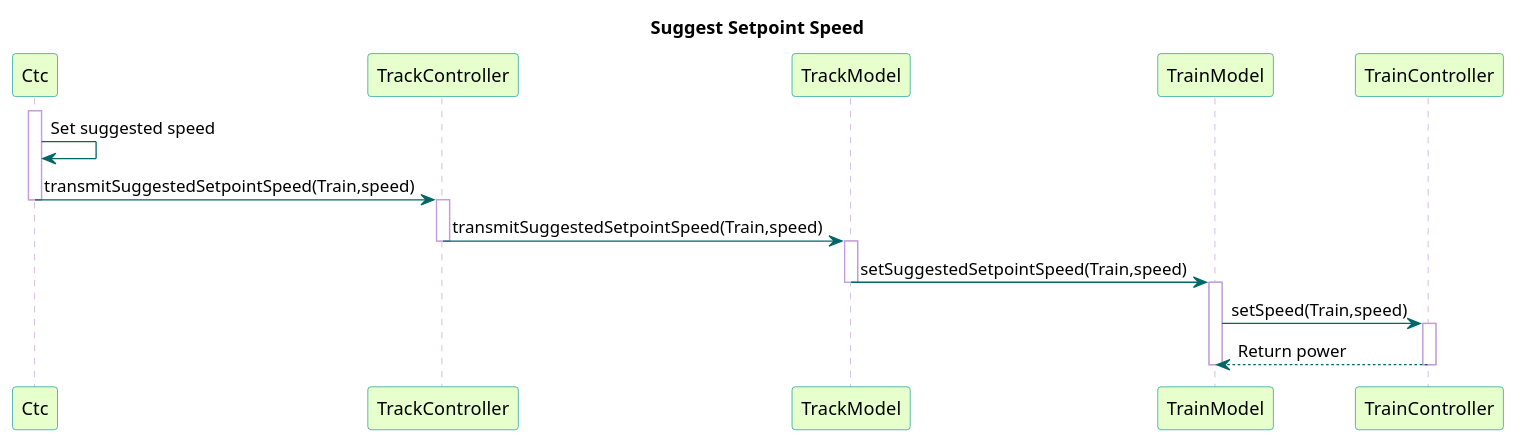
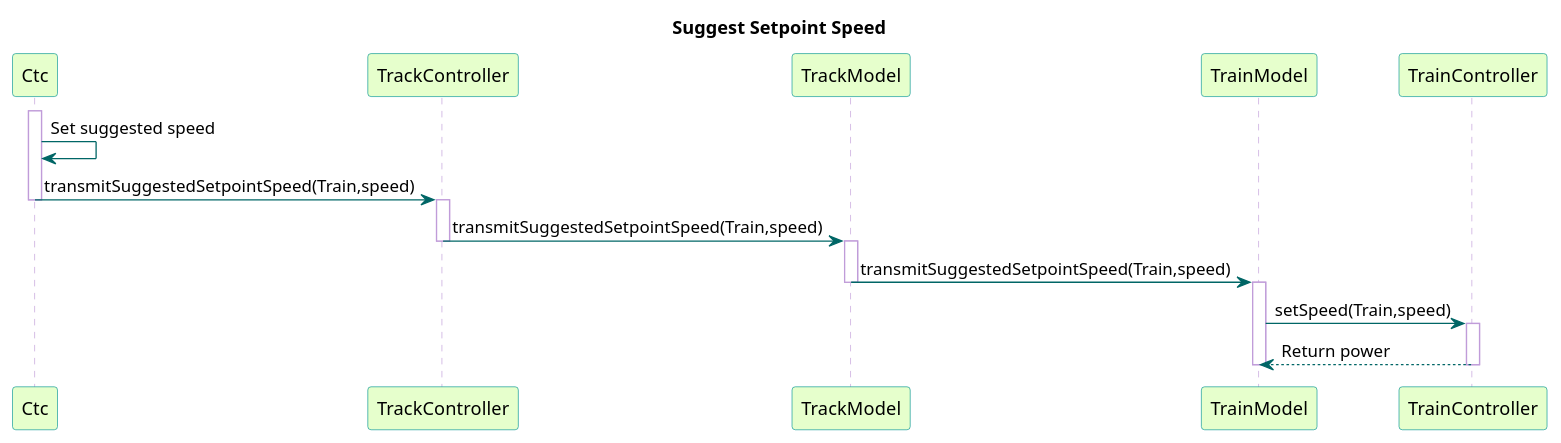
One commit to kevingilboy/COE1186 changed the diagram in TrainSystem/yUML/Sequence Diagrams/Overall/SuggestSetPointSpeed.pu. Above: the diagram before and after it, drawn with PlantUML.

Commit message:
TrackModel doesn't regulate speed
Changed setSuggestedSpeed() to transmitSuggestedSpeed in speed setpoint system diagram

```diff
--- a/TrainSystem/yUML/Sequence Diagrams/Overall/SuggestSetPointSpeed.pu
+++ b/TrainSystem/yUML/Sequence Diagrams/Overall/SuggestSetPointSpeed.pu
@@ -1,41 +1,41 @@
 @startuml
 
 title Suggest Setpoint Speed
 
 skinparam sequence {
   BackgroundColor transparent
   ParticipantBackgroundColor #e6ffcc
   ParticipantBorderColor 	#049595
   PackageBorderCOlor  #049595
   ArrowColor #006666
   LifeLineBorderColor #c09cd9
 }
 
 participant Ctc
 participant TrackController
 participant TrackModel
 participant TrainModel
 
 activate Ctc
 Ctc -> Ctc : Set suggested speed
 Ctc -> TrackController : transmitSuggestedSetpointSpeed(Train,speed)
 deactivate Ctc
 
 activate TrackController
 TrackController -> TrackModel : transmitSuggestedSetpointSpeed(Train,speed)
 deactivate TrackController
 
 activate TrackModel
-TrackModel -> TrainModel : setSuggestedSetpointSpeed(Train,speed)
+TrackModel -> TrainModel : transmitSuggestedSetpointSpeed(Train,speed)
 deactivate TrackModel
 
 activate TrainModel
 TrainModel -> TrainController : setSpeed(Train,speed)
 
 activate TrainController
 TrainController --> TrainModel : Return power
 deactivate TrainController
 
 deactivate TrainModel
 
 @enduml
```
